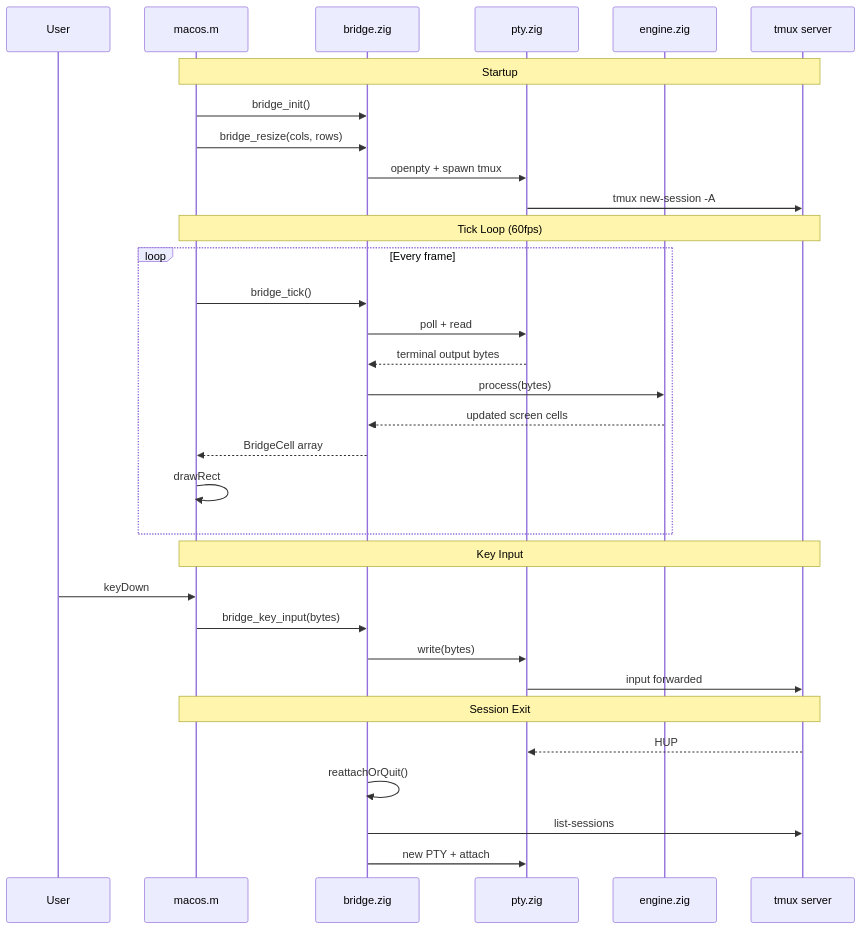
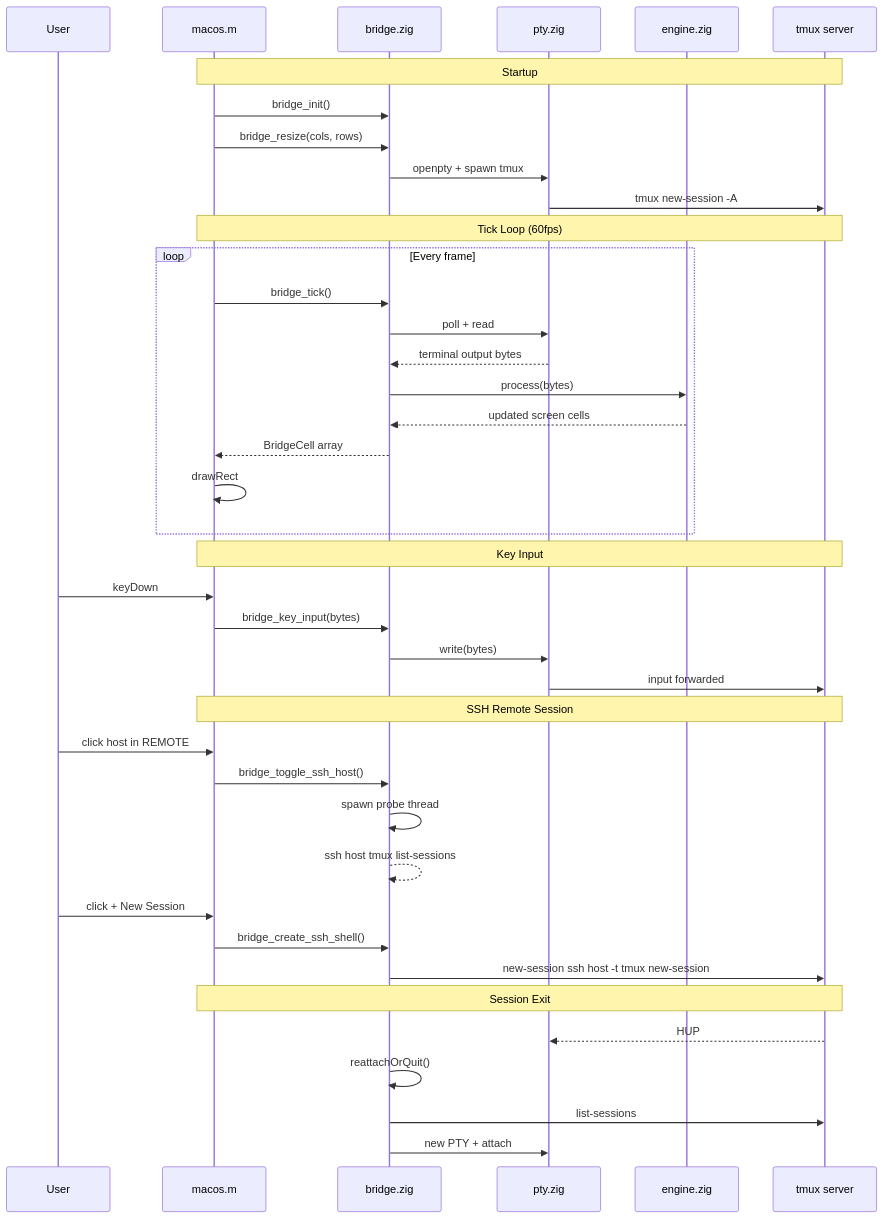
One commit to Cypressxyx/MultiplexTerm changed the second of 2 diagrams in README.md. Above: the diagram before and after it, drawn with Mermaid. The commit also changed other lines of this file and 1 other file, not shown here.

First line of the commit message:
Add SSH remote sessions, drag-and-drop, search palette, close button for remote sessions

````diff
--- a/README.md
+++ b/README.md
@@ -70,38 +82,47 @@
 ```mermaid
 sequenceDiagram
     participant User
     participant GUI as macos.m
     participant Bridge as bridge.zig
     participant PTY as pty.zig
     participant Engine as engine.zig
     participant Tmux as tmux server
 
     Note over GUI,Tmux: Startup
     GUI->>Bridge: bridge_init()
     GUI->>Bridge: bridge_resize(cols, rows)
     Bridge->>PTY: openpty + spawn tmux
     PTY->>Tmux: tmux new-session -A
 
     Note over GUI,Tmux: Tick Loop (60fps)
     loop Every frame
         GUI->>Bridge: bridge_tick()
         Bridge->>PTY: poll + read
         PTY-->>Bridge: terminal output bytes
         Bridge->>Engine: process(bytes)
         Engine-->>Bridge: updated screen cells
         Bridge-->>GUI: BridgeCell array
         GUI->>GUI: drawRect
     end
 
     Note over GUI,Tmux: Key Input
     User->>GUI: keyDown
     GUI->>Bridge: bridge_key_input(bytes)
     Bridge->>PTY: write(bytes)
     PTY->>Tmux: input forwarded
 
+    Note over GUI,Tmux: SSH Remote Session
+    User->>GUI: click host in REMOTE
+    GUI->>Bridge: bridge_toggle_ssh_host()
+    Bridge->>Bridge: spawn probe thread
+    Bridge-->>Bridge: ssh host tmux list-sessions
+    User->>GUI: click + New Session
+    GUI->>Bridge: bridge_create_ssh_shell()
+    Bridge->>Tmux: new-session ssh host -t tmux new-session
+
     Note over GUI,Tmux: Session Exit
     Tmux-->>PTY: HUP
     Bridge->>Bridge: reattachOrQuit()
     Bridge->>Tmux: list-sessions
     Bridge->>PTY: new PTY + attach
 ```
````
